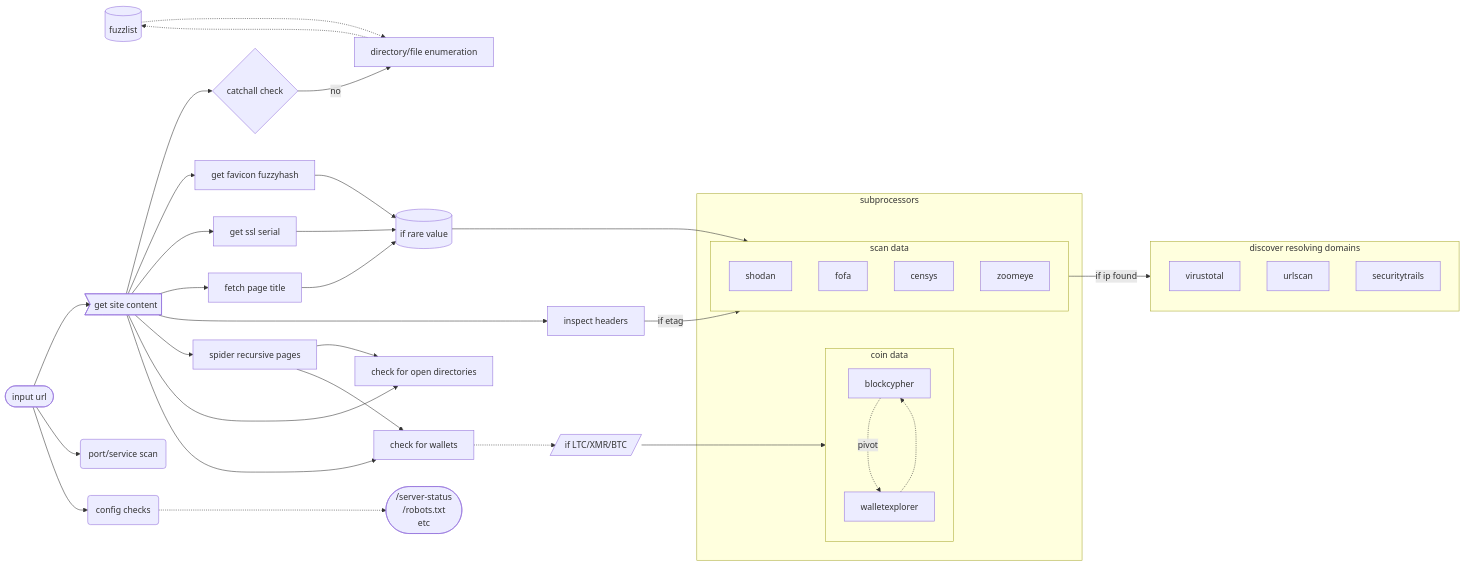
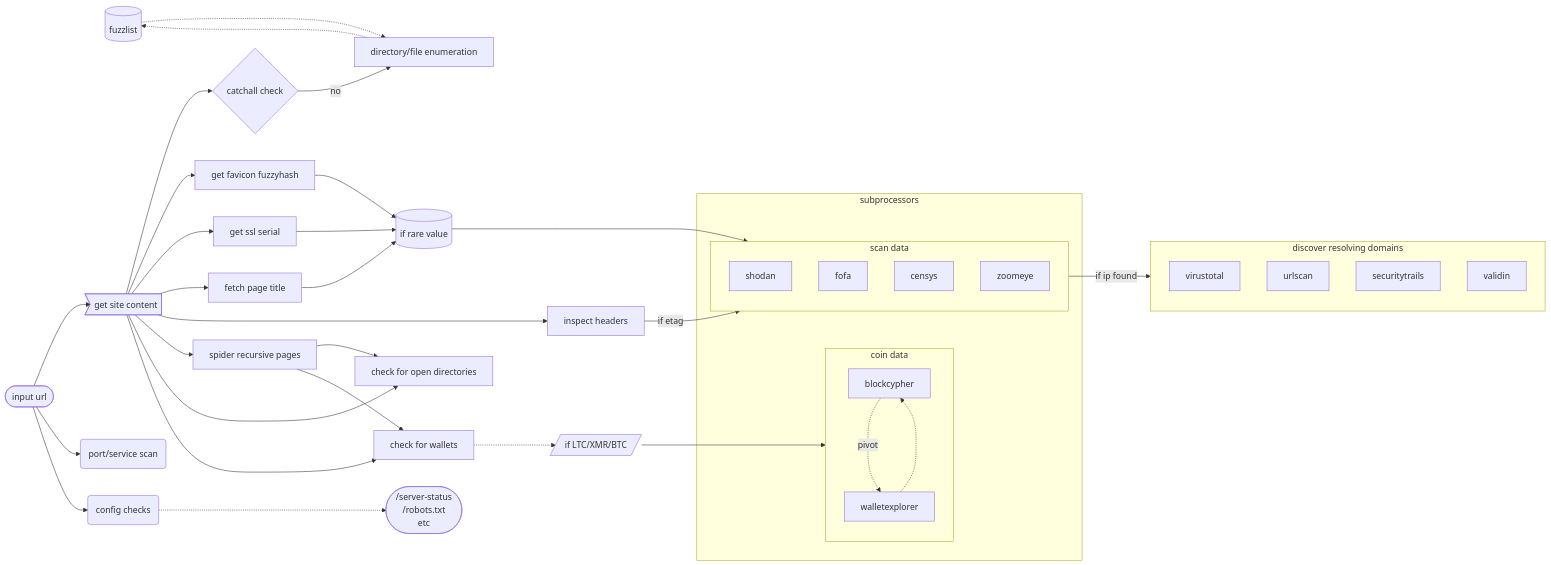
The diagram in README.md (certrik/bebop), drawn with Mermaid before and after one commit. The commit also changed other lines of this file and 8 other files, not shown here.

````diff
--- a/README.md
+++ b/README.md
@@ -7,52 +7,53 @@
 ```mermaid
 graph LR
     subgraph subprocessors
         subgraph cryptocurrency[coin data]
         blockcypher
         walletexplorer
         blockcypher -..-> |pivot|walletexplorer
         walletexplorer -..-> blockcypher
         end
         subgraph netscans[scan data]
         shodan
         fofa
         censys
         zoomeye
         end
     end
     subgraph domain[discover resolving domains]
         virustotal
         urlscan
         securitytrails
+        validin
     end
     netscans --> |if ip found|domain
     lookupsaver[(if rare value)]
     fuzzlist[(fuzzlist)]
     opndir[check for open directories]
     cryptoc[check for wallets]
     checks([/server-status\n/robots.txt\netc])
     anchor([input url]) -->mainget>get site content]
     mainget --> catchallchk{catchall check}
     catchallchk -- no --> fuzz[directory/file enumeration]
     fuzz -..-> fuzzlist
     fuzzlist -..-> fuzz
     anchor --> scan(port/service scan)
     anchor --> checker(config checks)
     checker -..-> checks
     mainget --> favicon[get favicon fuzzyhash]
     mainget --> sslserial[get ssl serial]
     sslserial --> lookupsaver
     favicon --> lookupsaver
     mainget --> title[fetch page title]
     title --> lookupsaver
     mainget --> headers[inspect headers]
     headers --> |if etag|netscans
     lookupsaver --> netscans
     mainget --> spider[spider recursive pages]
     mainget --> opndir
     spider --> opndir
     mainget --> cryptoc
     spider --> cryptoc
     cryptoc -..-> ifsupportedcoin[/if LTC/XMR/BTC/]
     ifsupportedcoin --> cryptocurrency
 ```
````
